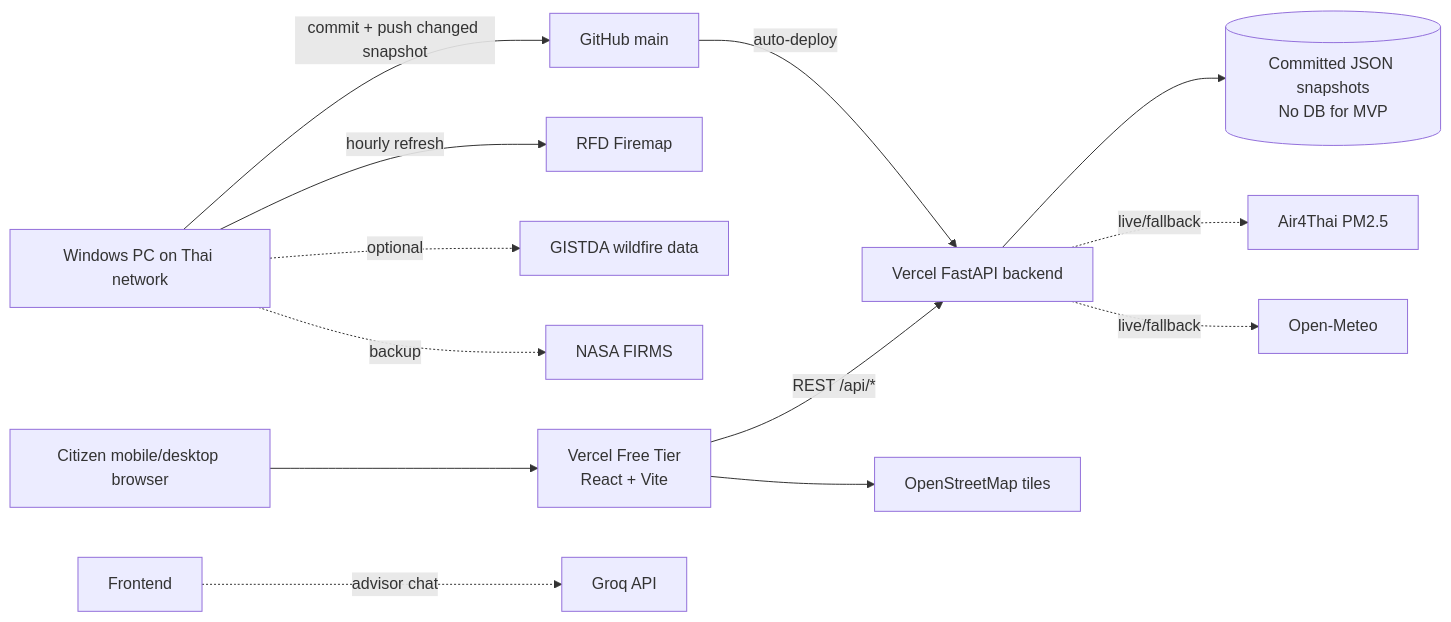
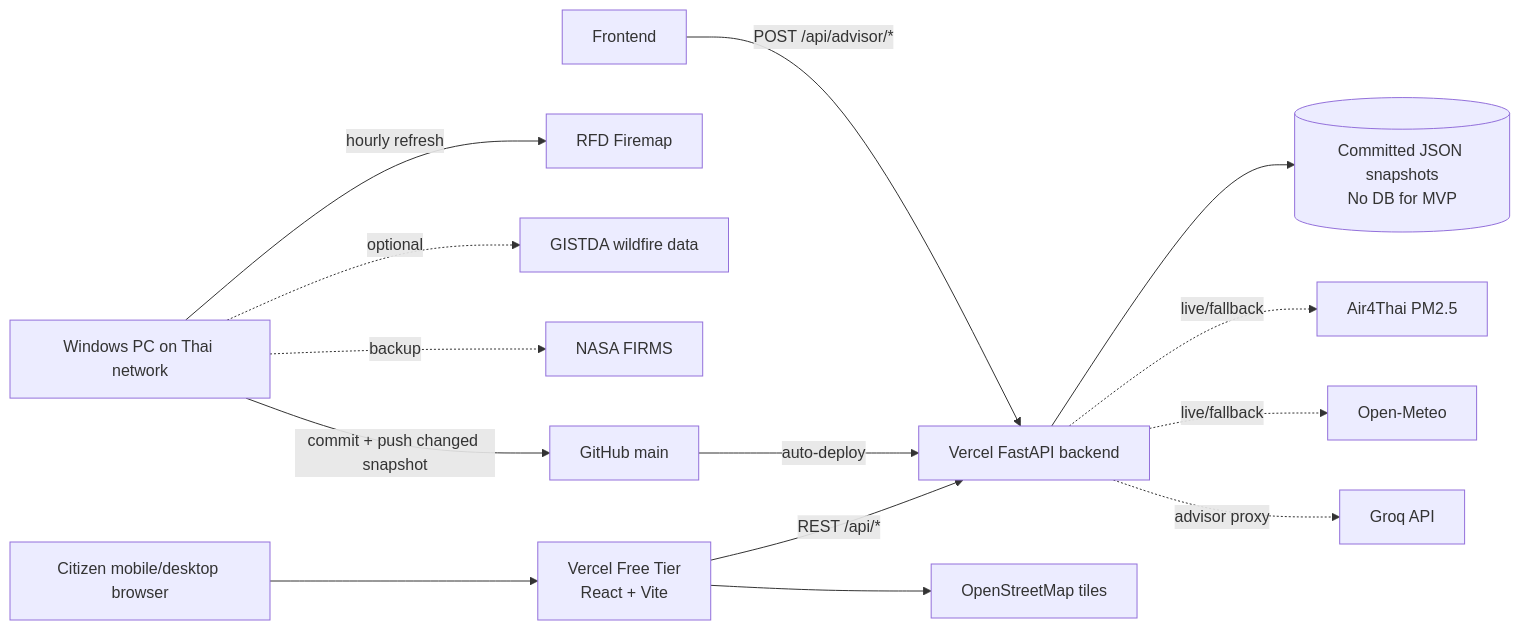
Before and after one commit to 67010655/ChiangMaiEyes: the diagram in docs/ARCHITECTURE.md, drawn with Mermaid. The commit also changed other lines of this file and 20 other files, not shown here.

Commit message:
Harden advisor proxy and frontend build

````diff
--- a/docs/ARCHITECTURE.md
+++ b/docs/ARCHITECTURE.md
@@ -5,15 +5,16 @@
 ```mermaid
 flowchart LR
   Citizen[Citizen mobile/desktop browser] --> Vercel[Vercel Free Tier\nReact + Vite]
   Vercel -->|REST /api/*| Backend[Vercel FastAPI backend]
   Backend --> Cache[(Committed JSON snapshots\nNo DB for MVP)]
   ThaiPC[Windows PC on Thai network] -->|hourly refresh| RFD[RFD Firemap]
   ThaiPC -. optional .-> GISTDA[GISTDA wildfire data]
   ThaiPC -. backup .-> FIRMS[NASA FIRMS]
   ThaiPC -->|commit + push changed snapshot| GitHub[GitHub main]
   GitHub -->|auto-deploy| Backend
   Backend -. live/fallback .-> Air4Thai[Air4Thai PM2.5]
   Backend -. live/fallback .-> OpenMeteo[Open-Meteo]
-  Frontend -. advisor chat .-> Groq[Groq API]
+  Frontend -->|POST /api/advisor/*| Backend
+  Backend -. advisor proxy .-> Groq[Groq API]
   Vercel --> OSM[OpenStreetMap tiles]
 ```
````
